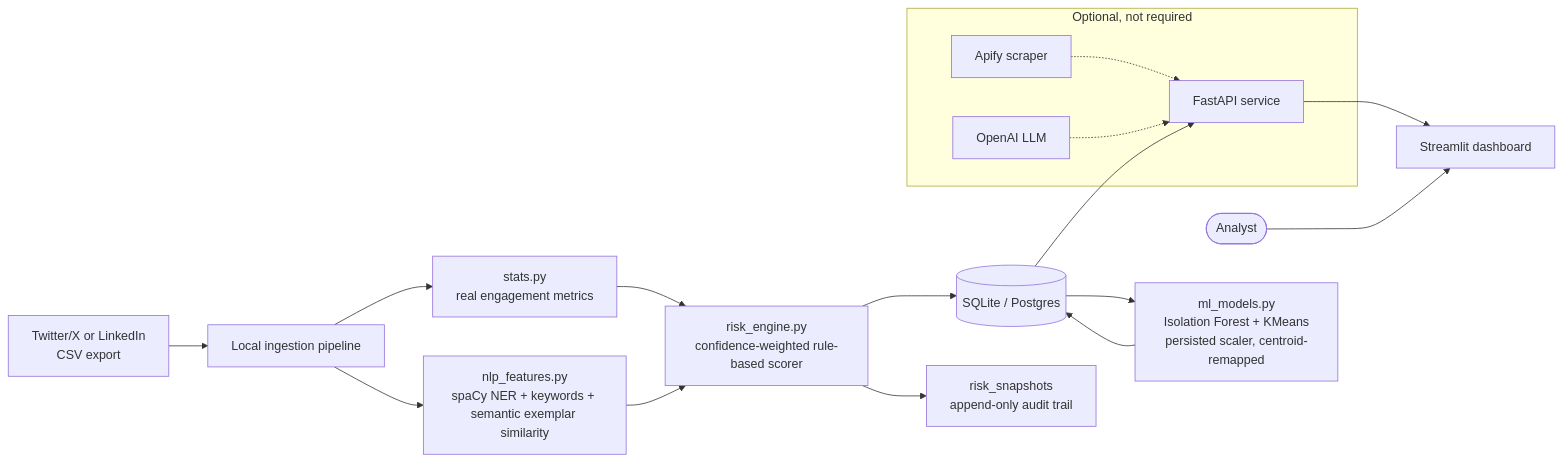
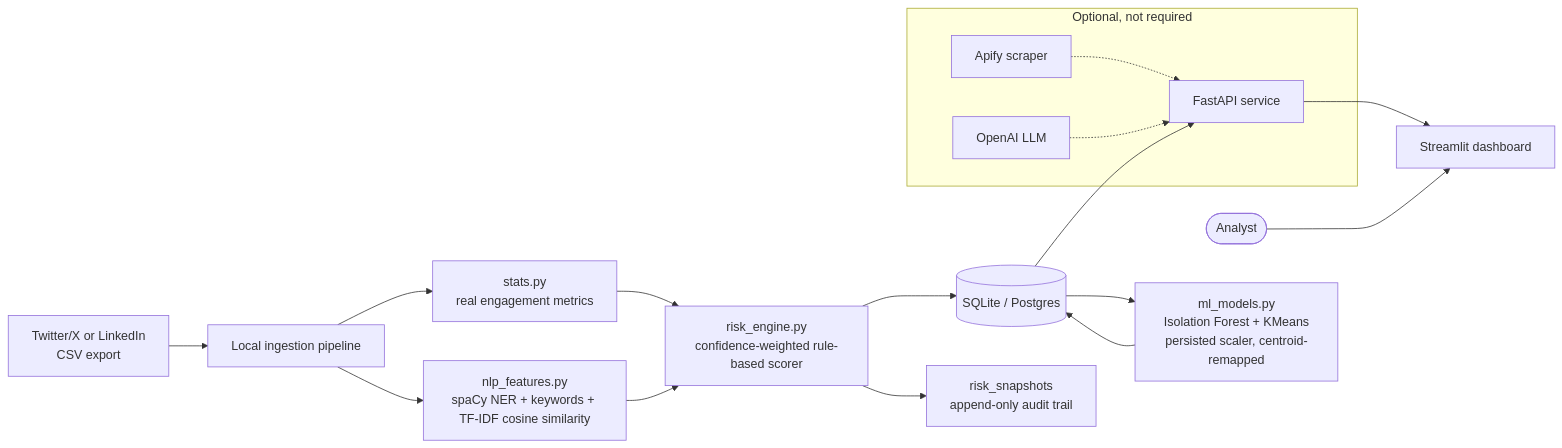
One commit to Agrawaladarsh524/social_media_threat_analytics changed the diagram in README.md. Above: the diagram before and after it, drawn with Mermaid. The commit also changed other lines of this file and 4 other files, not shown here.

Commit message:
Initial commit with TF-IDF refactor for semantic matching

````diff
--- a/README.md
+++ b/README.md
@@ -95,20 +96,20 @@
 ```mermaid
 flowchart LR
     CSV[Twitter/X or LinkedIn\nCSV export] --> ING[Local ingestion pipeline]
     ING --> STATS[stats.py\nreal engagement metrics]
-    ING --> NER[nlp_features.py\nspaCy NER + keywords + semantic exemplar similarity]
+    ING --> NER[nlp_features.py\nspaCy NER + keywords + TF-IDF cosine similarity]
     STATS --> ENGINE[risk_engine.py\nconfidence-weighted rule-based scorer]
     NER --> ENGINE
     ENGINE --> DB[(SQLite / Postgres)]
     ENGINE --> SNAP[risk_snapshots\nappend-only audit trail]
     DB --> ML[ml_models.py\nIsolation Forest + KMeans\npersisted scaler, centroid-remapped]
     ML --> DB
     DB --> API[FastAPI service]
     API --> ST[Streamlit dashboard]
     U([Analyst]) --> ST
 
     subgraph "Optional, not required"
       APIFY[Apify scraper] -.-> API
       OAI[OpenAI LLM] -.-> API
     end
 ```
````
